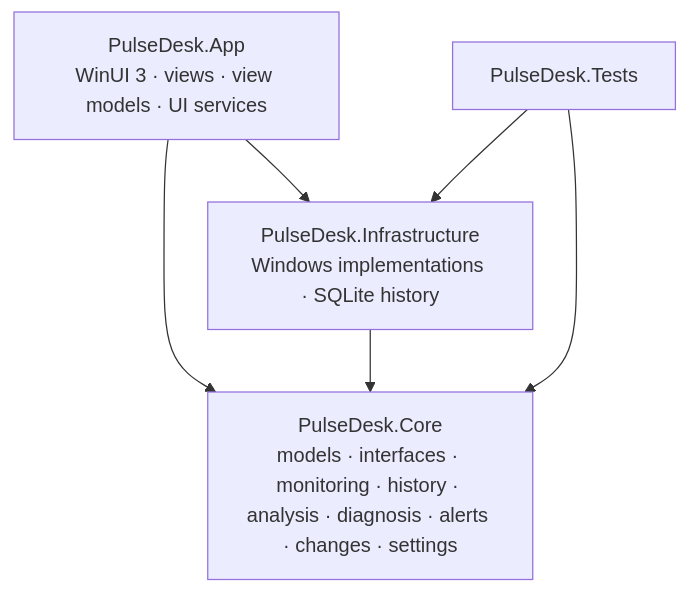
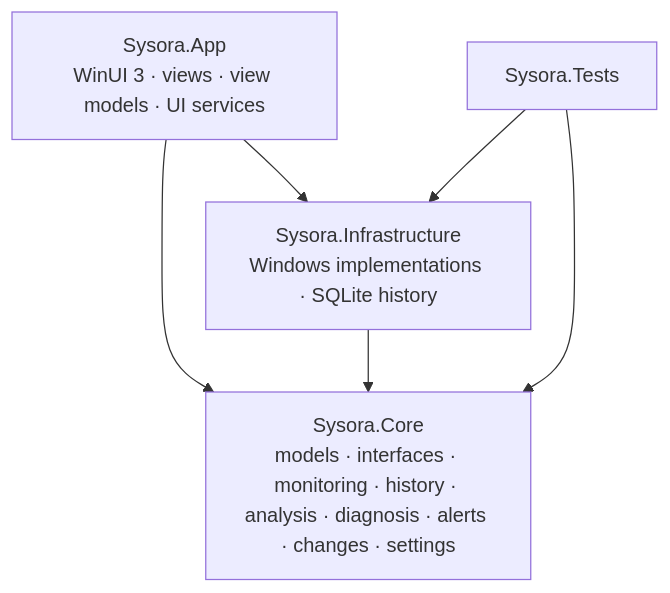
The first of 3 diagrams in docs/architecture.md (Elpo55/Sysora), drawn with Mermaid before and after one commit. The commit also changed other lines of this file and 495 other files, not shown here.

First line of the commit message:
Rename PulseDesk to Sysora

````diff
--- a/docs/architecture.md
+++ b/docs/architecture.md
@@ -5,12 +5,12 @@
 ```mermaid
 flowchart TB
-    App["PulseDesk.App<br/>WinUI 3 · views · view models · UI services"]
-    Core["PulseDesk.Core<br/>models · interfaces · monitoring · history · analysis · diagnosis · alerts · changes · settings"]
-    Infra["PulseDesk.Infrastructure<br/>Windows implementations · SQLite history"]
-    Tests["PulseDesk.Tests"]
+    App["Sysora.App<br/>WinUI 3 · views · view models · UI services"]
+    Core["Sysora.Core<br/>models · interfaces · monitoring · history · analysis · diagnosis · alerts · changes · settings"]
+    Infra["Sysora.Infrastructure<br/>Windows implementations · SQLite history"]
+    Tests["Sysora.Tests"]
     App --> Core
     App --> Infra
     Infra --> Core
     Tests --> Core
     Tests --> Infra
 ```
````
